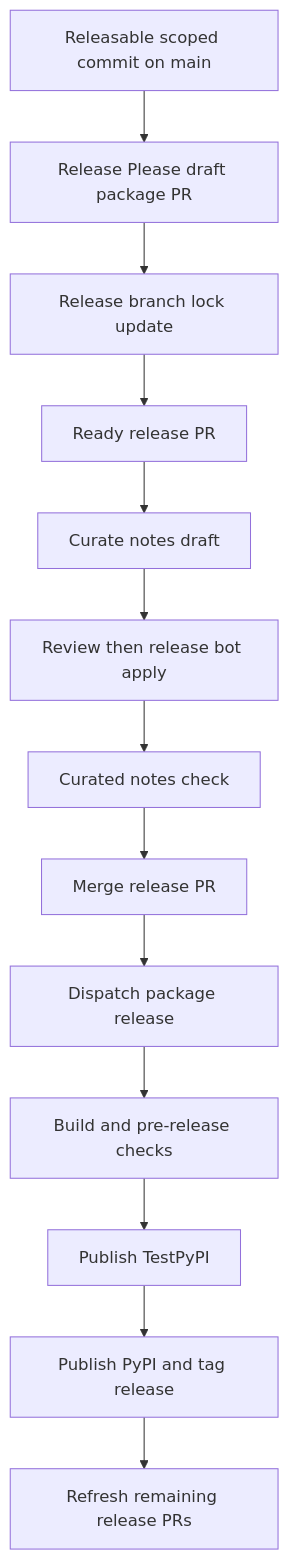
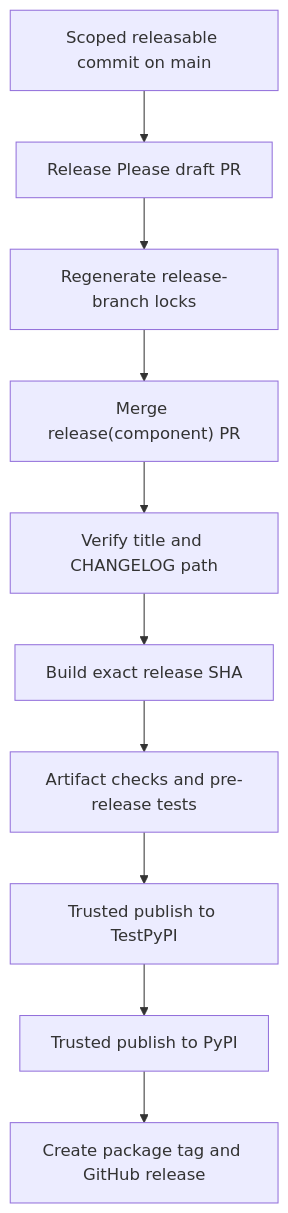
One commit to langchain-ai/deepagents changed the second of 2 diagrams in openwiki/operations/development.md. Above: the diagram before and after it, drawn with Mermaid. The commit also changed other lines of this file and 33 other files, not shown here.

````diff
--- a/openwiki/operations/development.md
+++ b/openwiki/operations/development.md
@@ -138,15 +120,12 @@
 ```mermaid
 flowchart TD
-    Change["Releasable scoped commit on main"] --> RP["Release Please draft package PR"]
-    RP --> Locks["Release branch lock update"]
-    Locks --> Ready["Ready release PR"]
-    Ready --> Draft["Curate notes draft"]
-    Draft --> Apply["Review then release bot apply"]
-    Apply --> Gate["Curated notes check"]
-    Gate --> Merge["Merge release PR"]
-    Merge --> Dispatch["Dispatch package release"]
-    Dispatch --> Build["Build and pre-release checks"]
-    Build --> TestPyPI["Publish TestPyPI"]
-    TestPyPI --> PyPI["Publish PyPI and tag release"]
-    PyPI --> Refresh["Refresh remaining release PRs"]
+    Main["Scoped releasable commit on main"] --> Please["Release Please draft PR"]
+    Please --> UpdateLocks["Regenerate release-branch locks"]
+    UpdateLocks --> Merge["Merge release(component) PR"]
+    Merge --> Detect["Verify title and CHANGELOG path"]
+    Detect --> Build["Build exact release SHA"]
+    Build --> Checks["Artifact checks and pre-release tests"]
+    Checks --> TestPyPI["Trusted publish to TestPyPI"]
+    TestPyPI --> PyPI["Trusted publish to PyPI"]
+    PyPI --> Tag["Create package tag and GitHub release"]
 ```
````
